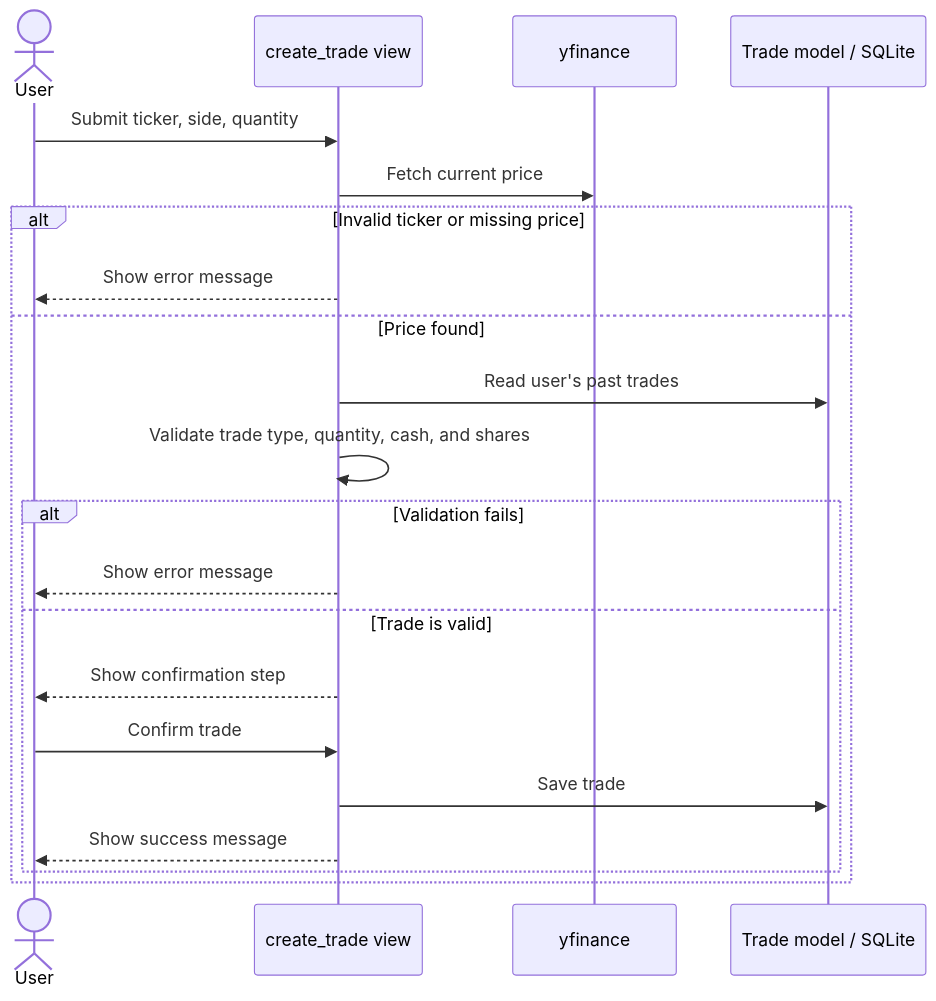
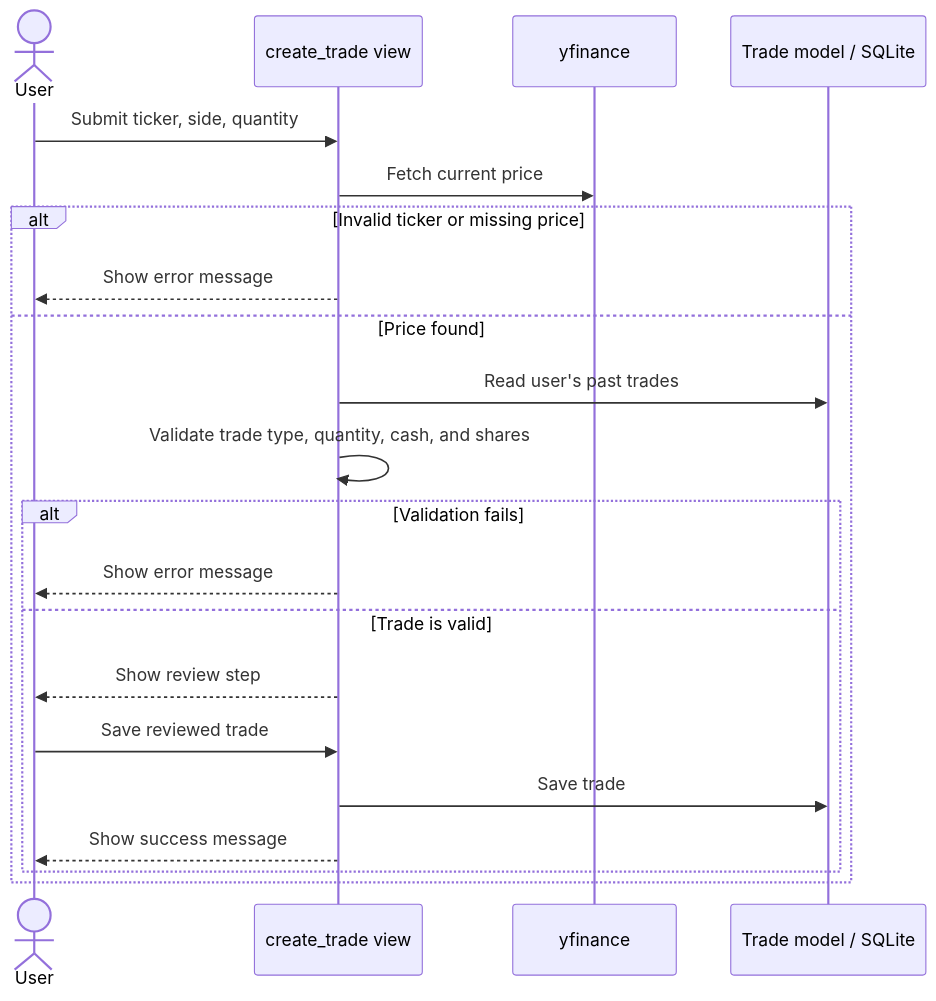
Before and after one commit to noahstephenson/Paper-Trading-App: the fifth of 5 diagrams in README.md, drawn with Mermaid. The commit also changed other lines of this file and 5 other files, not shown here.

````diff
--- a/README.md
+++ b/README.md
@@ -147,26 +149,26 @@
 ```mermaid
 sequenceDiagram
     actor User
     participant TradeView as create_trade view
     participant YFinance as yfinance
     participant TradeDB as Trade model / SQLite
 
     User->>TradeView: Submit ticker, side, quantity
     TradeView->>YFinance: Fetch current price
 
     alt Invalid ticker or missing price
         TradeView-->>User: Show error message
     else Price found
         TradeView->>TradeDB: Read user's past trades
         TradeView->>TradeView: Validate trade type, quantity, cash, and shares
 
         alt Validation fails
             TradeView-->>User: Show error message
         else Trade is valid
-            TradeView-->>User: Show confirmation step
-            User->>TradeView: Confirm trade
+            TradeView-->>User: Show review step
+            User->>TradeView: Save reviewed trade
             TradeView->>TradeDB: Save trade
             TradeView-->>User: Show success message
         end
     end
 ```
````
